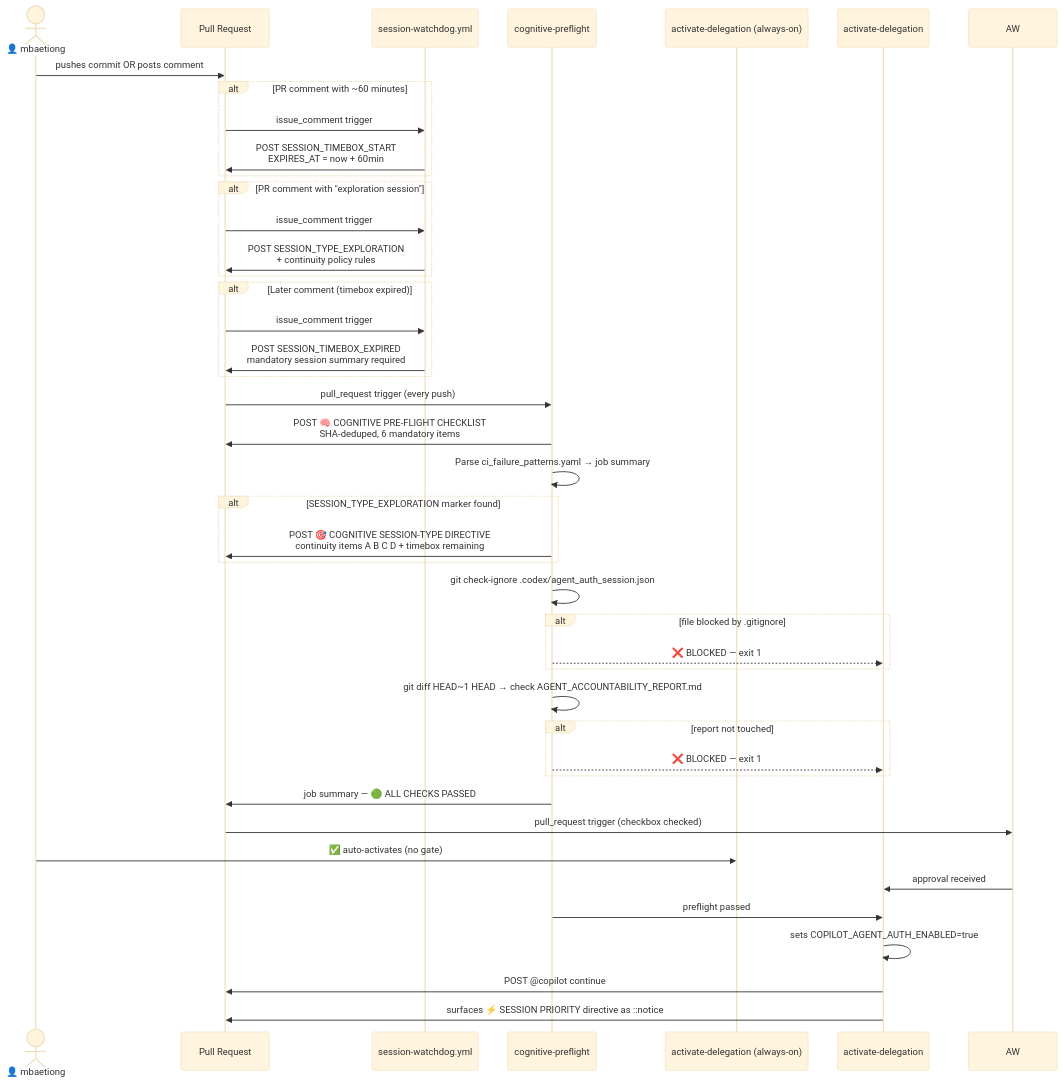
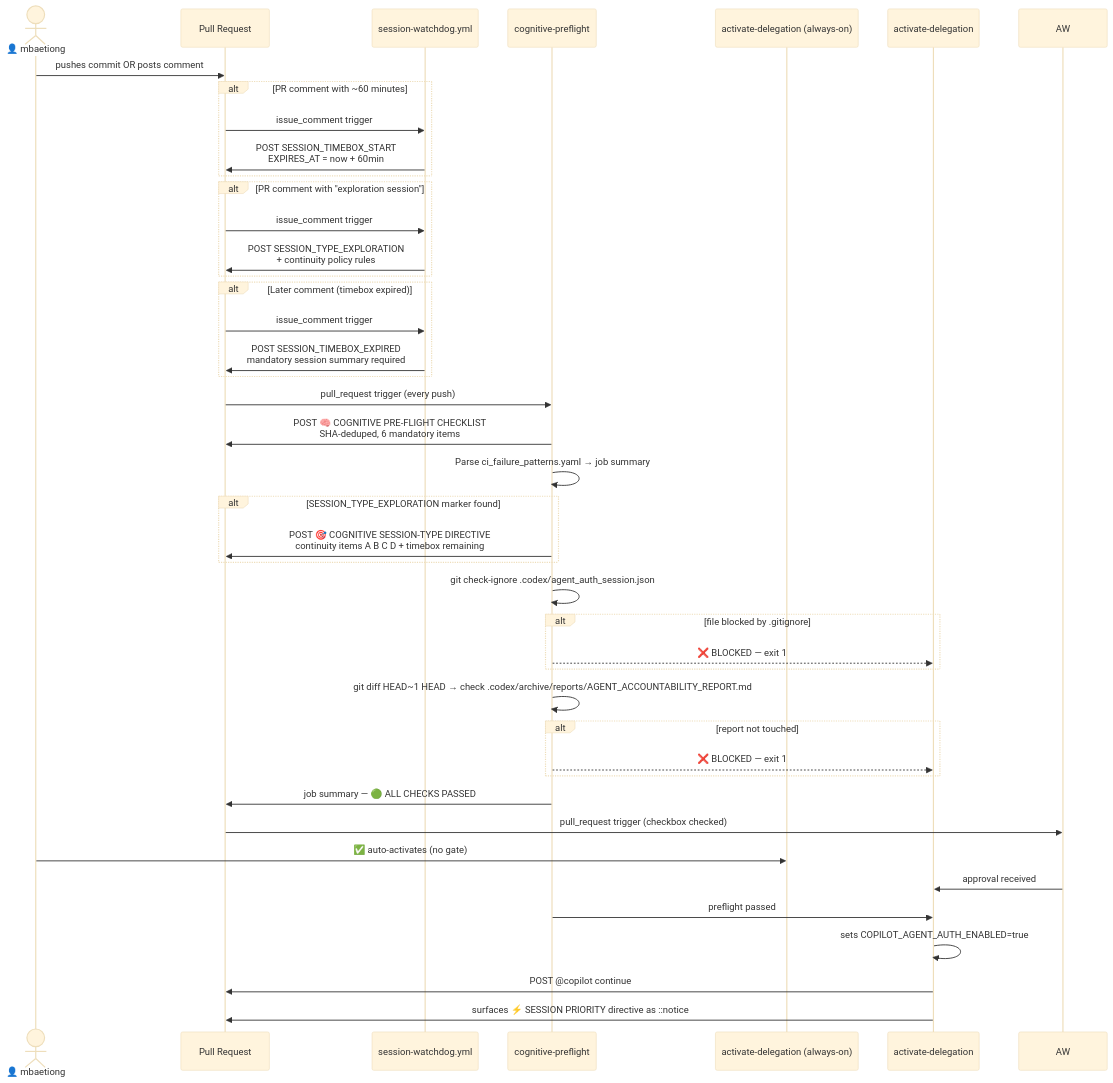
One commit to Aries-Serpent/_codex_ changed the fifth of 6 diagrams in .codex/docs/S116g_TO_S116i_CHANGE_MAP.md. Above: the diagram before and after it, drawn with Mermaid (base theme). The commit also changed other lines of this file and 1343 other files, not shown here.

````diff
--- a/.codex/docs/S116g_TO_S116i_CHANGE_MAP.md
+++ b/.codex/docs/S116g_TO_S116i_CHANGE_MAP.md
@@ -157,55 +157,55 @@
 ```mermaid
 sequenceDiagram
     actor H as 👤 mbaetiong
     participant PR as Pull Request
     participant WD as session-watchdog.yml
     participant CP as cognitive-preflight
     participant ACT as activate-delegation (always-on)
     participant AD as activate-delegation
 
     H->>PR: pushes commit OR posts comment
 
     alt PR comment with ~60 minutes
         PR->>WD: issue_comment trigger
         WD->>PR: POST SESSION_TIMEBOX_START<br/>EXPIRES_AT = now + 60min
     end
 
     alt PR comment with "exploration session"
         PR->>WD: issue_comment trigger
         WD->>PR: POST SESSION_TYPE_EXPLORATION<br/>+ continuity policy rules
     end
 
     alt Later comment (timebox expired)
         PR->>WD: issue_comment trigger
         WD->>PR: POST SESSION_TIMEBOX_EXPIRED<br/>mandatory session summary required
     end
 
     PR->>CP: pull_request trigger (every push)
     CP->>PR: POST 🧠 COGNITIVE PRE-FLIGHT CHECKLIST<br/>SHA-deduped, 6 mandatory items
     CP->>CP: Parse ci_failure_patterns.yaml → job summary
 
     alt SESSION_TYPE_EXPLORATION marker found
         CP->>PR: POST 🎯 COGNITIVE SESSION-TYPE DIRECTIVE<br/>continuity items A B C D + timebox remaining
     end
 
     CP->>CP: git check-ignore .codex/agent_auth_session.json
     alt file blocked by .gitignore
         CP-->>AD: ❌ BLOCKED — exit 1
     end
 
-    CP->>CP: git diff HEAD~1 HEAD → check AGENT_ACCOUNTABILITY_REPORT.md
+    CP->>CP: git diff HEAD~1 HEAD → check .codex/archive/reports/AGENT_ACCOUNTABILITY_REPORT.md
     alt report not touched
         CP-->>AD: ❌ BLOCKED — exit 1
     end
 
     CP->>PR: job summary — 🟢 ALL CHECKS PASSED
 
     PR->>AW: pull_request trigger (checkbox checked)
     H->>ACT: ✅ auto-activates (no gate)
 
     AW->>AD: approval received
     CP->>AD: preflight passed
     AD->>AD: sets COPILOT_AGENT_AUTH_ENABLED=true
     AD->>PR: POST @copilot continue
     AD->>PR: surfaces ⚡ SESSION PRIORITY directive as ::notice
 ```
````
